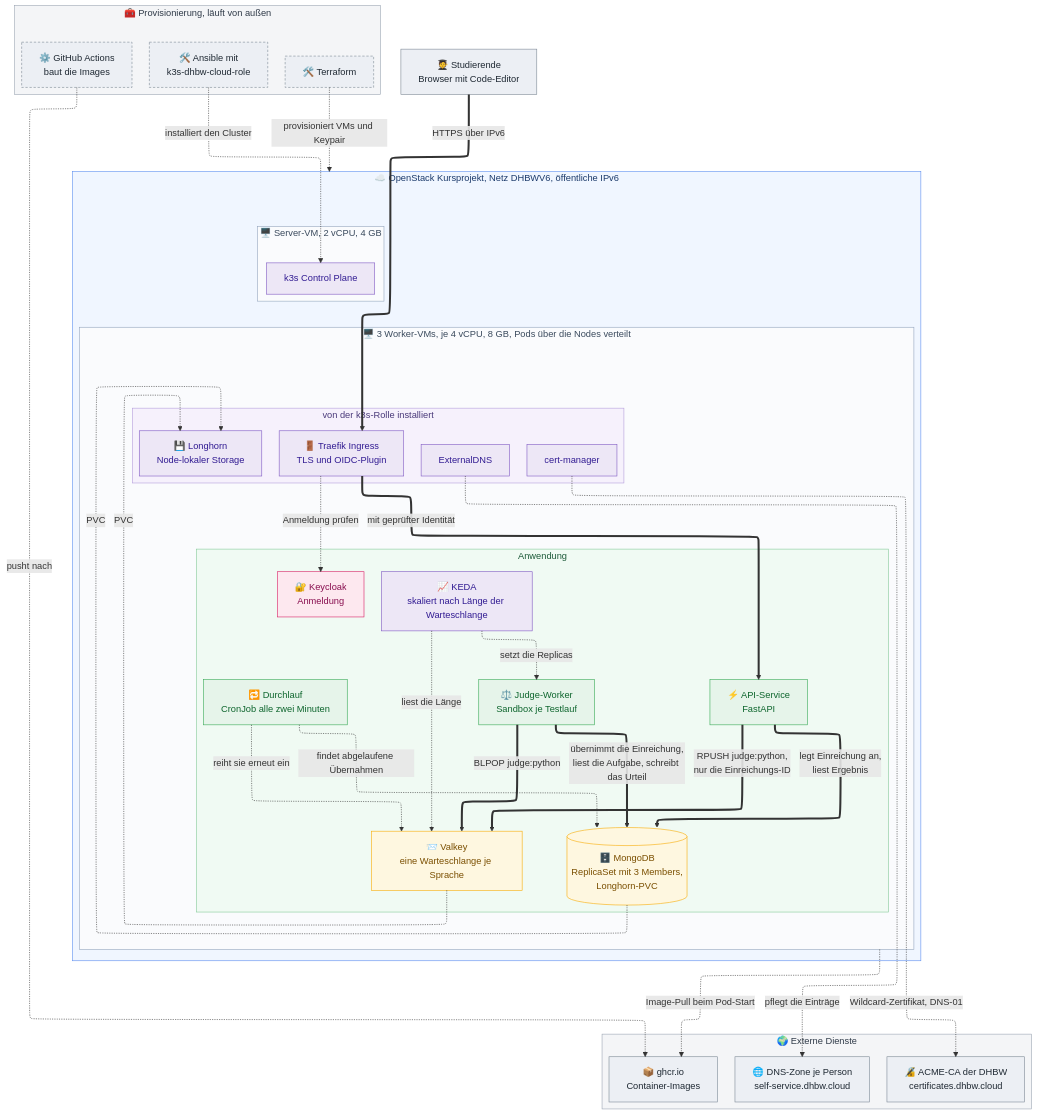
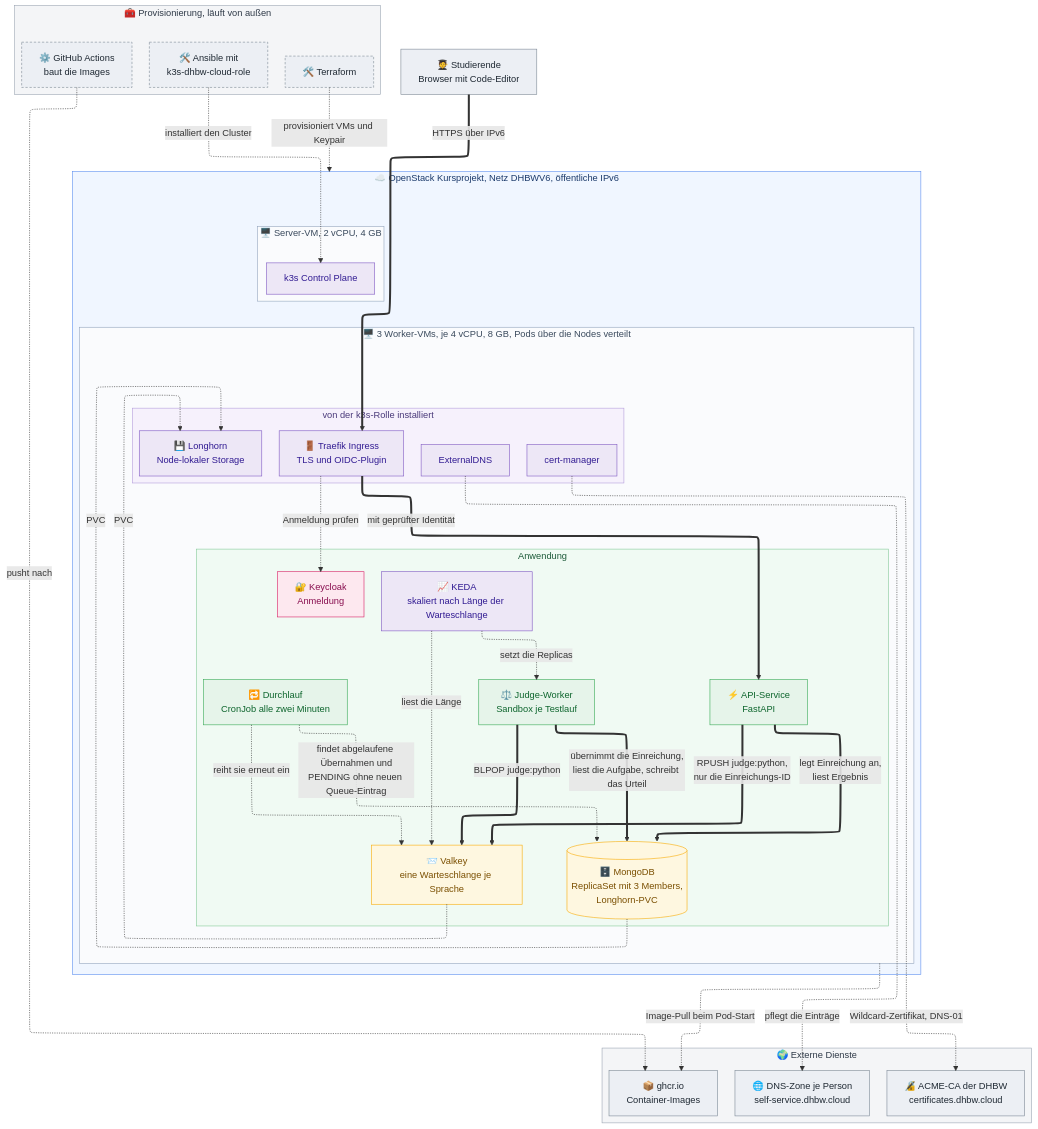
Before and after one commit to litithio/Online-Judge-Cloud: the diagram in docs/diagramme/aufbau.mmd, drawn with Mermaid. The commit also changed 3 other files, not shown here.

First line of the commit message:
Diagramme: Rückholpfad aus #113 im Bild

```diff
--- a/docs/diagramme/aufbau.mmd
+++ b/docs/diagramme/aufbau.mmd
@@ -1,93 +1,93 @@
 ---
 # Feste Schrift: mermaid bemisst die Kästen mit der Schrift, die beim
 # Rendern verfügbar ist. Weicht die Anzeigeschrift ab, laufen Texte über
 # die Ränder.
 config:
   # ELK schichtet die Gruppen strikt vertikal und führt Kanten orthogonal.
   # Das Standard-Layout (dagre) verstreute Server-VM und Werkzeuge um den
   # Cluster herum. ELK kann nur der eigene Renderer, nicht GitHub-Mermaid.
   layout: elk
   fontFamily: Arial, Helvetica, sans-serif
 ---
 flowchart TB
     studierende["🧑‍🎓 Studierende<br/>Browser mit Code-Editor"]
 
     subgraph werkzeuge["🧰 Provisionierung, läuft von außen"]
         tf["🛠️ Terraform"]
         ansible["🛠️ Ansible mit<br/>k3s-dhbw-cloud-role"]
         ci["⚙️ GitHub Actions<br/>baut die Images"]
     end
 
     subgraph openstack["☁️ OpenStack Kursprojekt, Netz DHBWV6, öffentliche IPv6"]
         subgraph server["🖥️ Server-VM, 2 vCPU, 4 GB"]
             cp["k3s Control Plane"]
         end
         subgraph workers["🖥️ 3 Worker-VMs, je 4 vCPU, 8 GB, Pods über die Nodes verteilt"]
             subgraph rolle["von der k3s-Rolle installiert"]
                 traefik["🚪 Traefik Ingress<br/>TLS und OIDC-Plugin"]
                 certm["cert-manager"]
                 extdns["ExternalDNS"]
                 longhorn["💾 Longhorn<br/>Node-lokaler Storage"]
             end
             subgraph app["Anwendung"]
                 keycloak["🔐 Keycloak<br/>Anmeldung"]
                 api["⚡ API-Service<br/>FastAPI"]
                 valkey["📨 Valkey<br/>eine Warteschlange je Sprache"]
                 judge["⚖️ Judge-Worker<br/>Sandbox je Testlauf"]
                 keda["📈 KEDA<br/>skaliert nach Länge der Warteschlange"]
                 durchlauf["🔁 Durchlauf<br/>CronJob alle zwei Minuten"]
                 mongo[("🗄️ MongoDB<br/>ReplicaSet mit 3 Members,<br/>Longhorn-PVC")]
             end
         end
     end
 
     subgraph umgebung["🌍 Externe Dienste"]
         dns["🌐 DNS-Zone je Person<br/>self-service.dhbw.cloud"]
         ca["🔏 ACME-CA der DHBW<br/>certificates.dhbw.cloud"]
         ghcr["📦 ghcr.io<br/>Container-Images"]
     end
 
     cp ~~~ traefik
 
     studierende ==>|"HTTPS über IPv6"| traefik
     traefik -.->|"Anmeldung prüfen"| keycloak
     traefik ==>|"mit geprüfter Identität"| api
     api ==>|"RPUSH judge:python,<br/>nur die Einreichungs-ID"| valkey
     judge ==>|"BLPOP judge:python"| valkey
     judge ==>|"übernimmt die Einreichung,<br/>liest die Aufgabe, schreibt das Urteil"| mongo
     api ==>|"legt Einreichung an,<br/>liest Ergebnis"| mongo
     keda -.->|"liest die Länge"| valkey
     keda -.->|"setzt die Replicas"| judge
-    durchlauf -.->|"findet abgelaufene Übernahmen"| mongo
+    durchlauf -.->|"findet abgelaufene Übernahmen und<br/>PENDING ohne neuen Queue-Eintrag"| mongo
     durchlauf -.->|"reiht sie erneut ein"| valkey
 
     tf -.->|"provisioniert VMs und Keypair"| openstack
     ansible -.->|"installiert den Cluster"| cp
     ci -.->|"pusht nach"| ghcr
     workers -.->|"Image-Pull beim Pod-Start"| ghcr
     mongo -.->|"PVC"| longhorn
     valkey -.->|"PVC"| longhorn
     extdns -.->|"pflegt die Einträge"| dns
     certm -.->|"Wildcard-Zertifikat, DNS-01"| ca
 
     classDef extern fill:#eceff4,stroke:#7b8794,color:#1f2933
     classDef werkzeug fill:#eceff4,stroke:#7b8794,color:#1f2933,stroke-dasharray:4 3
     classDef plattform fill:#ede7f6,stroke:#7e57c2,color:#311b92
     classDef anwendung fill:#e6f4ea,stroke:#34a853,color:#0d652d
     classDef daten fill:#fef7e0,stroke:#f9ab00,color:#7a4f01
     classDef auth fill:#fde8ef,stroke:#d81b60,color:#880e4f
 
     class studierende,dns,ca,ghcr extern
     class tf,ansible,ci werkzeug
     class cp,traefik,certm,extdns,longhorn,keda plattform
     class api,judge,durchlauf anwendung
     class valkey,mongo daten
     class keycloak auth
 
     style werkzeuge fill:#f4f5f7,stroke:#9aa4b2,color:#2f3a48
     style umgebung fill:#f4f5f7,stroke:#9aa4b2,color:#2f3a48
     style openstack fill:#f0f6ff,stroke:#5b8def,color:#1b3a6b
     style server fill:#fafbfd,stroke:#93a4bd,color:#3a4a5d
     style workers fill:#fafbfd,stroke:#93a4bd,color:#3a4a5d
     style rolle fill:#f6f1fc,stroke:#b39ddb,color:#4a3a7a
     style app fill:#f0faf3,stroke:#81c995,color:#1e5b3a
```
